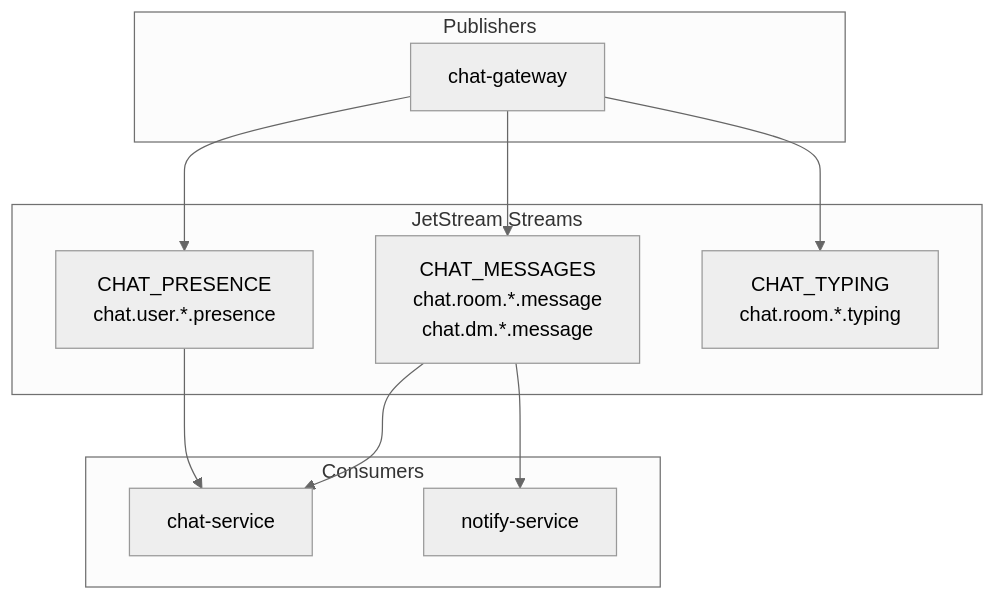
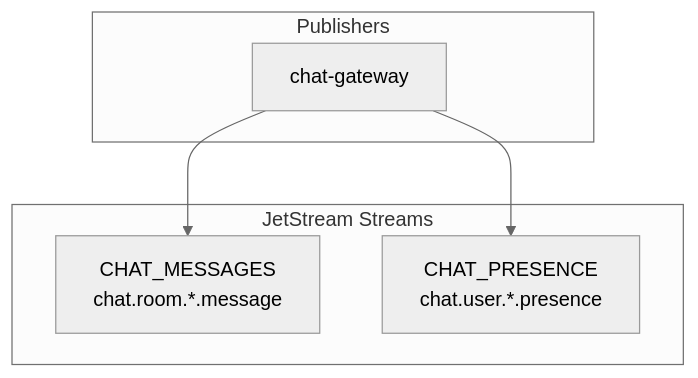
One commit to uniyous/parkgolf-platform changed diagram 19 of 28 in docs/CHAT_WORKFLOW.md. Above: the diagram before and after it, drawn with Mermaid (neutral theme). The commit also changed other lines of this file, not shown here.

Commit message:
docs(chat): CHAT_WORKFLOW.md 멀티 레플리카 아키텍처 반영 최신화

````diff
--- a/docs/CHAT_WORKFLOW.md
+++ b/docs/CHAT_WORKFLOW.md
@@ -513,22 +626,13 @@
 ```mermaid
 flowchart TB
     subgraph Publishers["Publishers"]
         GW[chat-gateway]
     end
 
     subgraph Streams["JetStream Streams"]
-        S1[CHAT_MESSAGES<br/>chat.room.*.message<br/>chat.dm.*.message]
+        S1[CHAT_MESSAGES<br/>chat.room.*.message]
         S2[CHAT_PRESENCE<br/>chat.user.*.presence]
-        S3[CHAT_TYPING<br/>chat.room.*.typing]
     end
 
-    subgraph Consumers["Consumers"]
-        CS[chat-service]
-        NS[notify-service]
-    end
-
-    GW --> S1 & S2 & S3
-    S1 --> CS
-    S1 --> NS
-    S2 --> CS
+    GW --> S1 & S2
 ```
````
